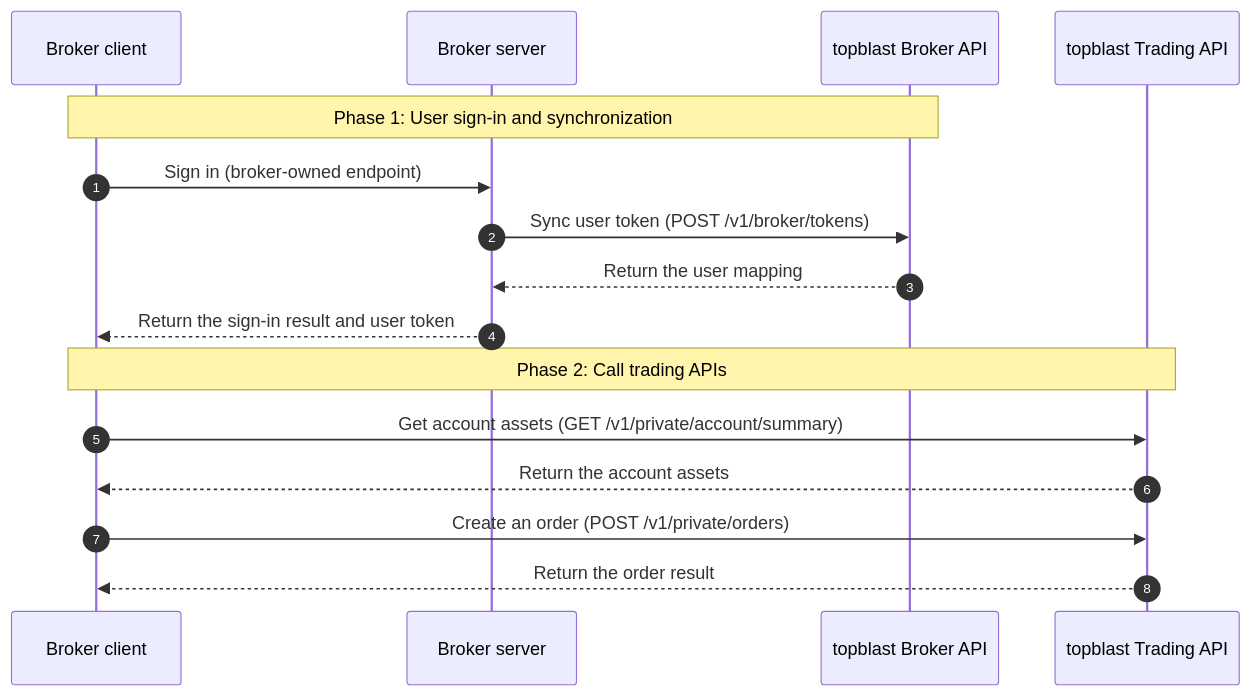
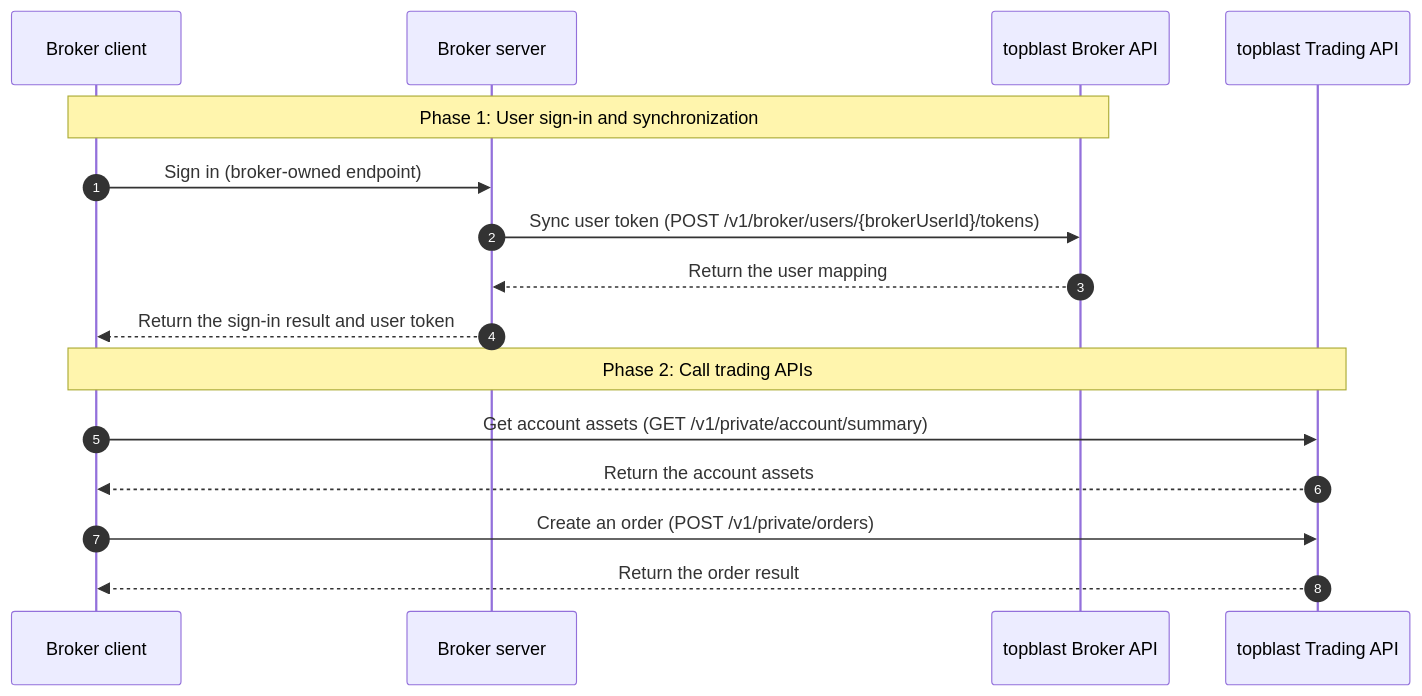
The first of 2 diagrams in en/broker/guide/integration-flow.mdx (topblast-trade/docs), drawn with Mermaid before and after one commit. The commit also changed other lines of this file and 21 other files, not shown here.

Commit message:
docs: align broker user endpoints

````diff
--- a/en/broker/guide/integration-flow.mdx
+++ b/en/broker/guide/integration-flow.mdx
@@ -12,20 +12,20 @@
 ```mermaid
 sequenceDiagram
     autonumber
 
     participant BrokerClient as Broker client
     participant BrokerServer as Broker server
     participant BrokerAPI as topblast Broker API
     participant TradingAPI as topblast Trading API
 
     Note over BrokerClient,BrokerAPI: Phase 1: User sign-in and synchronization
     BrokerClient->>BrokerServer: Sign in (broker-owned endpoint)
-    BrokerServer->>BrokerAPI: Sync user token (POST /v1/broker/tokens)
+    BrokerServer->>BrokerAPI: Sync user token (POST /v1/broker/users/{brokerUserId}/tokens)
     BrokerAPI-->>BrokerServer: Return the user mapping
     BrokerServer-->>BrokerClient: Return the sign-in result and user token
     Note over BrokerClient,TradingAPI: Phase 2: Call trading APIs
     BrokerClient->>TradingAPI: Get account assets (GET /v1/private/account/summary)
     TradingAPI-->>BrokerClient: Return the account assets
     BrokerClient->>TradingAPI: Create an order (POST /v1/private/orders)
     TradingAPI-->>BrokerClient: Return the order result
 ```
````
